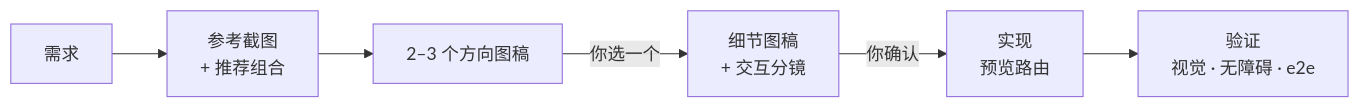
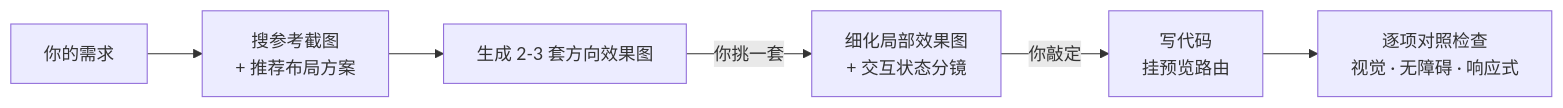
The diagram in README.md (WithZeng/design-skills), drawn with Mermaid before and after one commit. The commit also changed other lines of this file and 2 other files, not shown here.

Commit message:
docs: README 改为新文案，官网对比图恢复品牌信息 (#4)

````diff
--- a/README.md
+++ b/README.md
@@ -22,8 +24,8 @@
 ```mermaid
 flowchart LR
-  A[需求] --> B[参考截图<br/>+ 推荐组合]
-  B --> C[2–3 个方向图稿]
-  C -->|你选一个| D[细节图稿<br/>+ 交互分镜]
-  D -->|你确认| E[实现<br/>预览路由]
-  E --> F[验证<br/>视觉 · 无障碍 · e2e]
+  A[你的需求] --> B[搜参考截图<br/>+ 推荐布局方案]
+  B --> C[生成 2-3 套方向效果图]
+  C -->|你挑一套| D[细化局部效果图<br/>+ 交互状态分镜]
+  D -->|你敲定| E[写代码<br/>挂预览路由]
+  E --> F[逐项对照检查<br/>视觉 · 无障碍 · 响应式]
 ```
````
